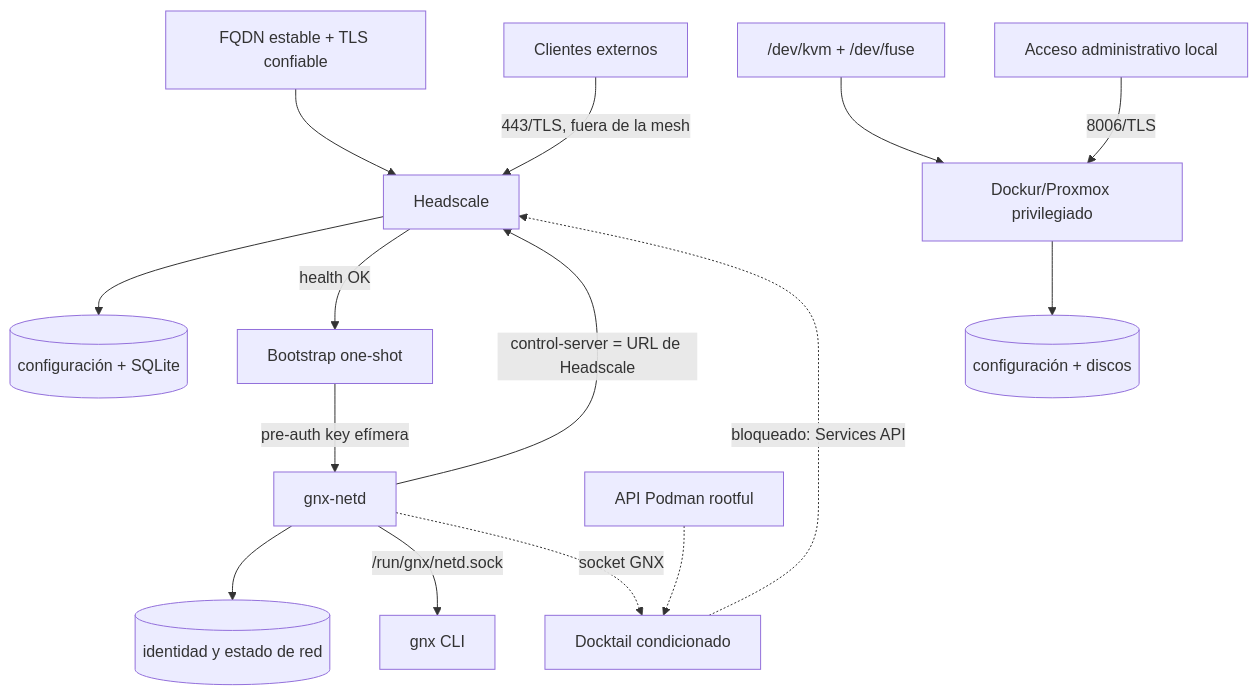
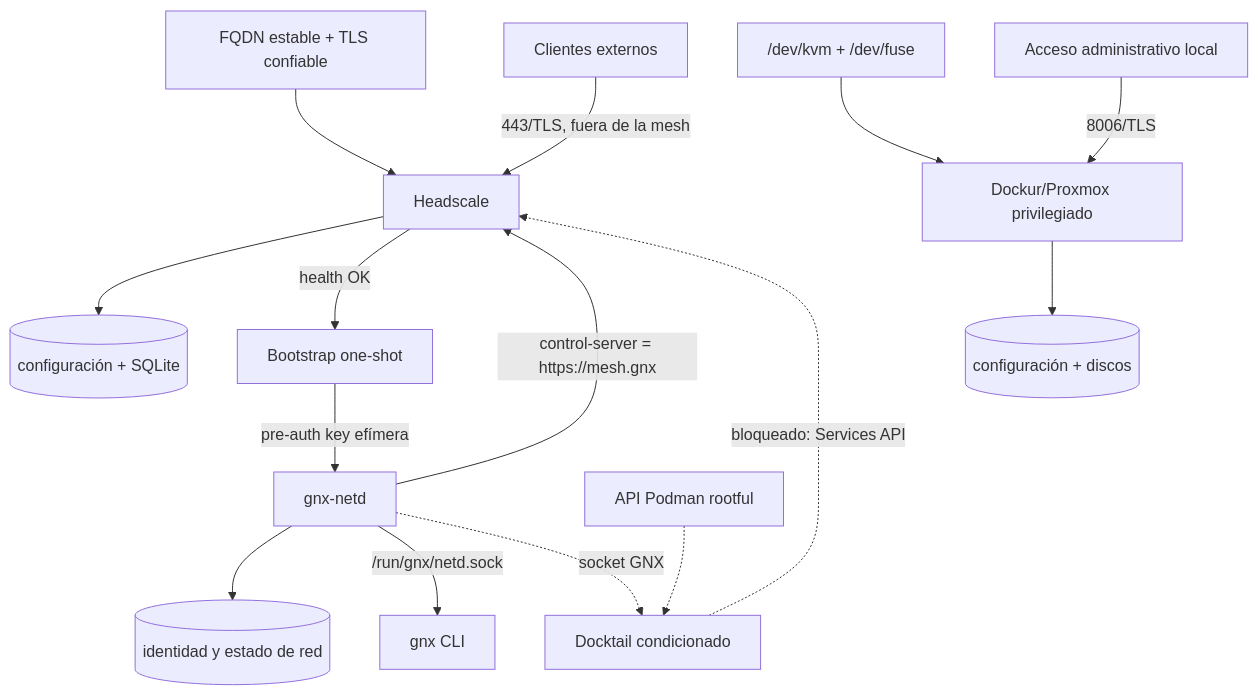
The second of 3 diagrams in docs/architecture.md (mayas-alas/quetzalcoatl), drawn with Mermaid before and after one commit. The commit also changed other lines of this file and 5 other files, not shown here.

````diff
--- a/docs/architecture.md
+++ b/docs/architecture.md
@@ -72,19 +73,19 @@
 ```mermaid
 flowchart TB
     DNS["FQDN estable + TLS confiable"] --> HS["Headscale"]
     HS --> HSD[("configuración + SQLite")]
     HS -->|"health OK"| BOOT["Bootstrap one-shot"]
     BOOT -->|"pre-auth key efímera"| TS["gnx-netd"]
-    TS -->|"control-server = URL de Headscale"| HS
+    TS -->|"control-server = https://mesh.gnx"| HS
     TS --> TSD[("identidad y estado de red")]
 
     PODMAN["API Podman rootful"] -.-> DT["Docktail condicionado"]
     TS -->|"/run/gnx/netd.sock"| CLI["gnx CLI"]
     TS -.->|"socket GNX"| DT
     DT -.->|"bloqueado: Services API"| HS
 
     KVM["/dev/kvm + /dev/fuse"] --> PVE["Dockur/Proxmox privilegiado"]
     PVE --> PVED[("configuración + discos")]
     LOCAL["Acceso administrativo local"] -->|"8006/TLS"| PVE
     REMOTE["Clientes externos"] -->|"443/TLS, fuera de la mesh"| HS
 ```
````
